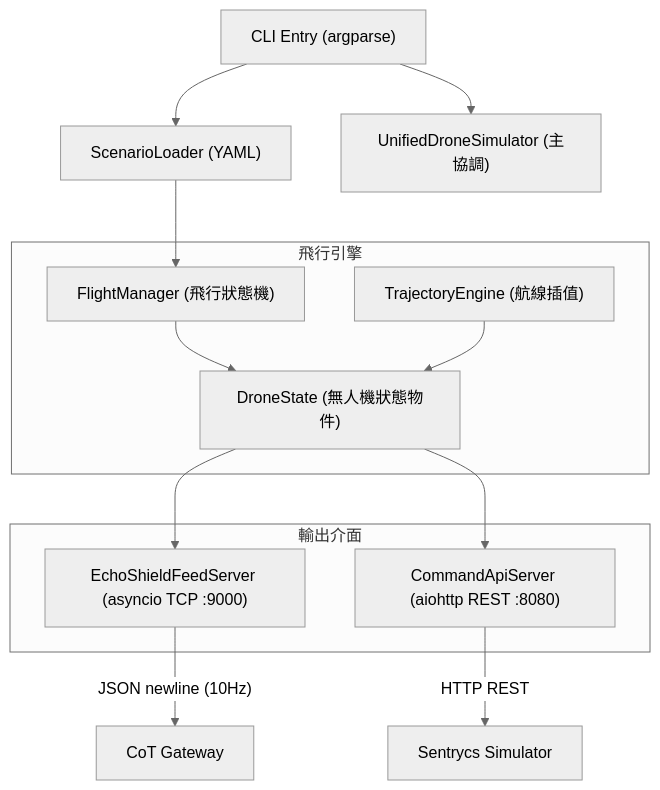
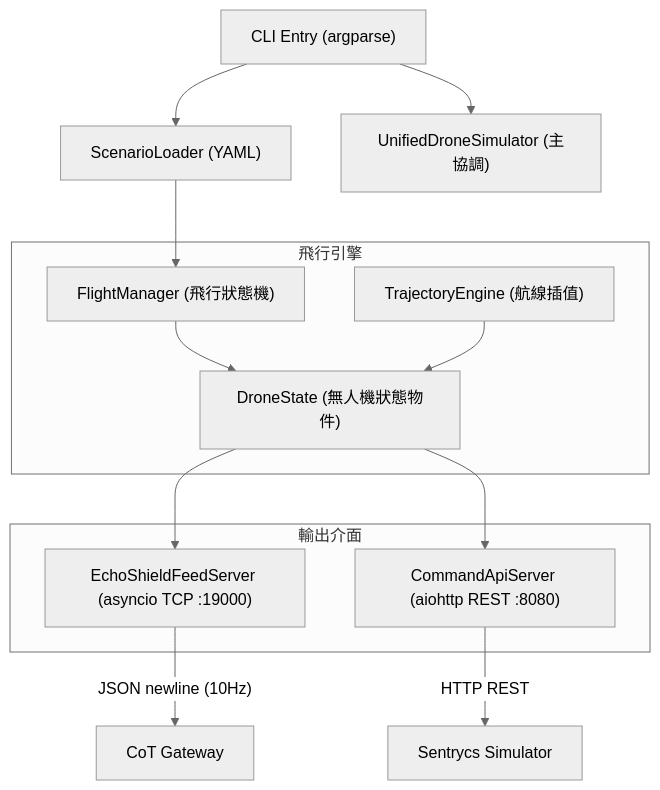
Before and after one commit to aplool-tw/cics-tak-demo: the first of 2 diagrams in docs/system-docs/02-unified-drone-simulator-spec.md, drawn with Mermaid (neutral theme). The commit also changed other lines of this file and 123 other files, not shown here.

````diff
--- a/docs/system-docs/02-unified-drone-simulator-spec.md
+++ b/docs/system-docs/02-unified-drone-simulator-spec.md
@@ -82,24 +82,24 @@
 ```mermaid
 flowchart TD
     CLI["CLI Entry (argparse)"]
     SL["ScenarioLoader (YAML)"]
     UDS["UnifiedDroneSimulator (主協調)"]
     subgraph ENGINES["飛行引擎"]
         FM["FlightManager (飛行狀態機)"]
         TE["TrajectoryEngine (航線插值)"]
         DT["DroneState (無人機狀態物件)"]
     end
     subgraph OUTPUTS["輸出介面"]
-        TCP_SVR["EchoShieldFeedServer (asyncio TCP :9000)"]
+        TCP_SVR["EchoShieldFeedServer (asyncio TCP :19000)"]
         REST_SVR["CommandApiServer (aiohttp REST :8080)"]
     end
     CLI --> SL
     CLI --> UDS
     SL --> FM
     FM --> DT
     TE --> DT
     DT --> TCP_SVR
     DT --> REST_SVR
     TCP_SVR -->|"JSON newline (10Hz)"| GW["CoT Gateway"]
     REST_SVR -->|"HTTP REST"| SC["Sentrycs Simulator"]
 ```
````
